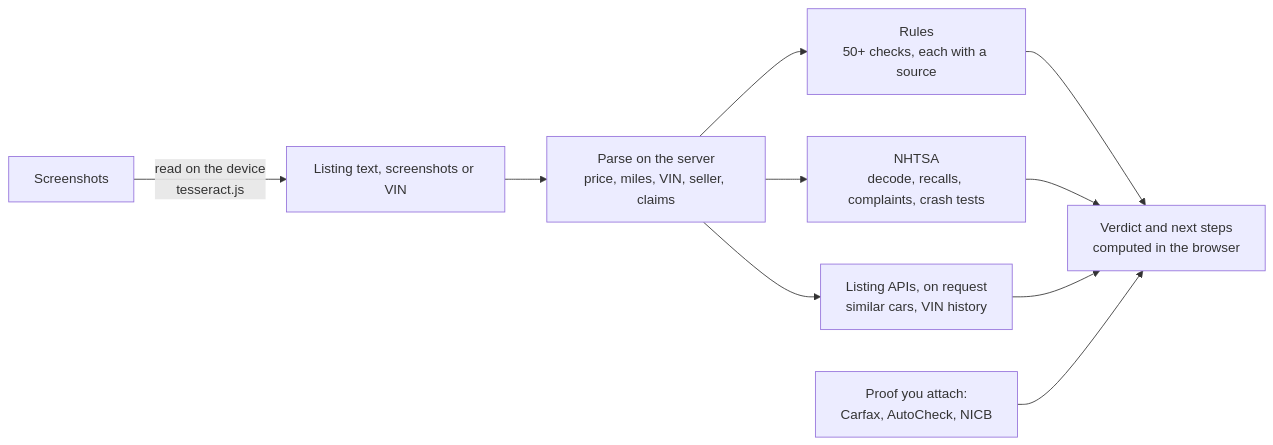
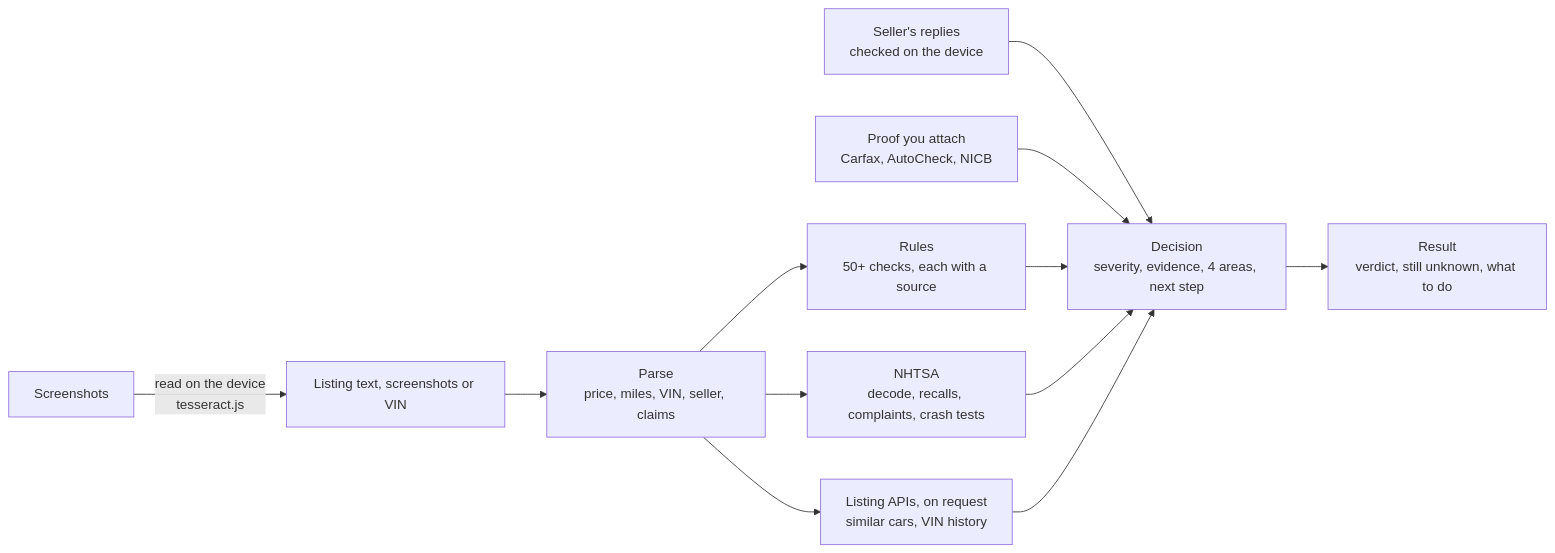
Before and after one commit to amoghnellutla/VinVerdict: the diagram in README.md, drawn with Mermaid. The commit also changed other lines of this file and 11 other files, not shown here.

Commit message:
README: rewritten for buyers and engineers, with fresh screenshots of the verdict, seller check, My list and accuracy

````diff
--- a/README.md
+++ b/README.md
@@ -91,10 +162,12 @@
 ```mermaid
 flowchart LR
-  A[Listing text, screenshots or VIN] --> B[Parse on the server<br/>price, miles, VIN, seller, claims]
+  A[Listing text, screenshots or VIN] --> B[Parse<br/>price, miles, VIN, seller, claims]
   S[Screenshots] -->|read on the device<br/>tesseract.js| A
   B --> C[Rules<br/>50+ checks, each with a source]
   B --> D[NHTSA<br/>decode, recalls, complaints, crash tests]
   B --> E[Listing APIs, on request<br/>similar cars, VIN history]
-  C & D & E --> F[Verdict and next steps<br/>computed in the browser]
-  P[Proof you attach:<br/>Carfax, AutoCheck, NICB] --> F
+  R[Seller's replies<br/>checked on the device] --> F
+  P[Proof you attach<br/>Carfax, AutoCheck, NICB] --> F
+  C & D & E --> F[Decision<br/>severity, evidence, 4 areas, next step]
+  F --> G[Result<br/>verdict, still unknown, what to do]
 ```
````
